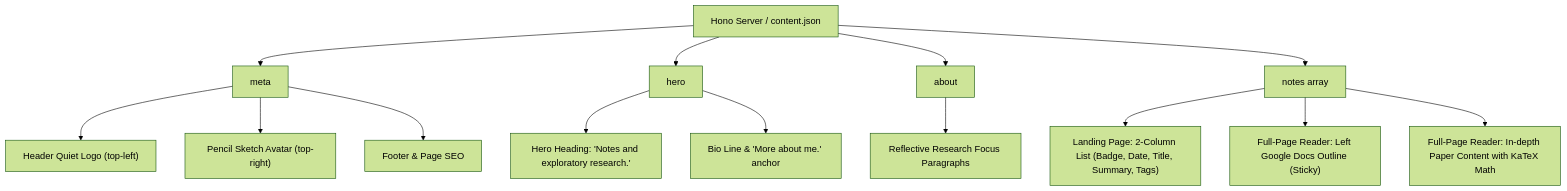
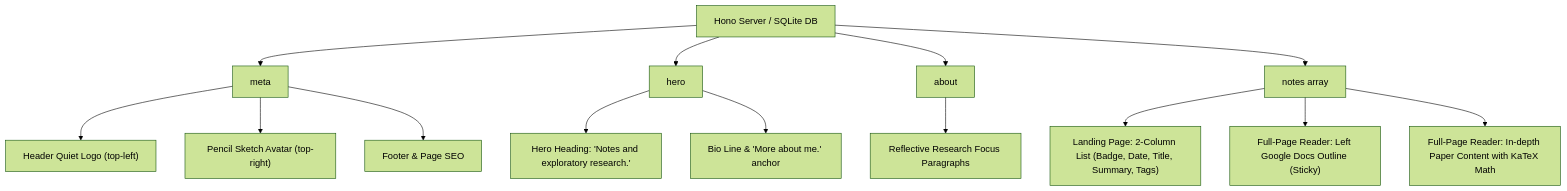
One commit to karanOnGit/ResearchPaperDocument changed the diagram in docs/api_schema_documentation.md. Above: the diagram before and after it, drawn with Mermaid (forest theme). The commit also changed other lines of this file and 7 other files, not shown here.

````diff
--- a/docs/api_schema_documentation.md
+++ b/docs/api_schema_documentation.md
@@ -28,20 +28,20 @@
 ```mermaid
 graph TD
-    A[Hono Server / content.json] --> B[meta]
+    A[Hono Server / SQLite DB] --> B[meta]
     A --> C[hero]
     A --> D[about]
     A --> E[notes array]
 
     B --> B1["Header Quiet Logo (top-left)"]
     B --> B2["Pencil Sketch Avatar (top-right)"]
     B --> B3["Footer & Page SEO"]
 
     C --> C1["Hero Heading: 'Notes and exploratory research.'"]
     C --> C2["Bio Line & 'More about me.' anchor"]
 
     D --> D1["Reflective Research Focus Paragraphs"]
 
     E --> E1["Landing Page: 2-Column List (Badge, Date, Title, Summary, Tags)"]
     E --> E2["Full-Page Reader: Left Google Docs Outline (Sticky)"]
     E --> E3["Full-Page Reader: In-depth Paper Content with KaTeX Math"]
 ```
````
